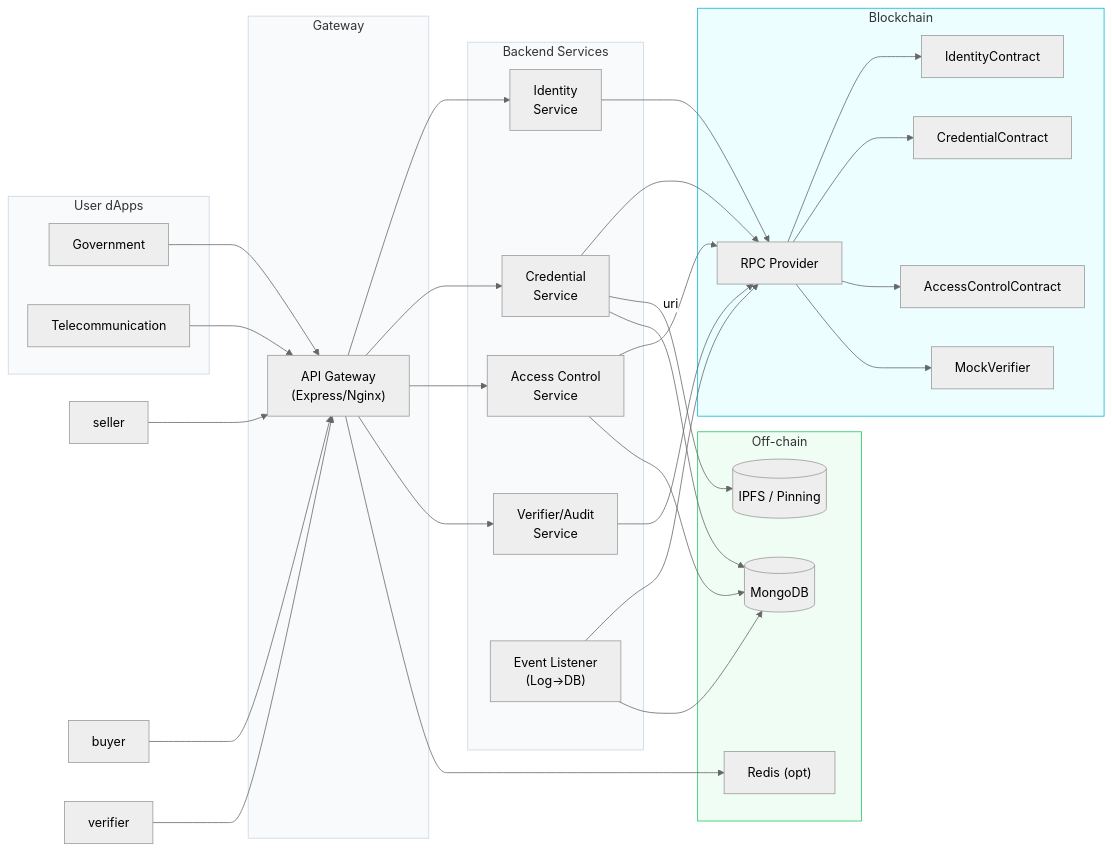
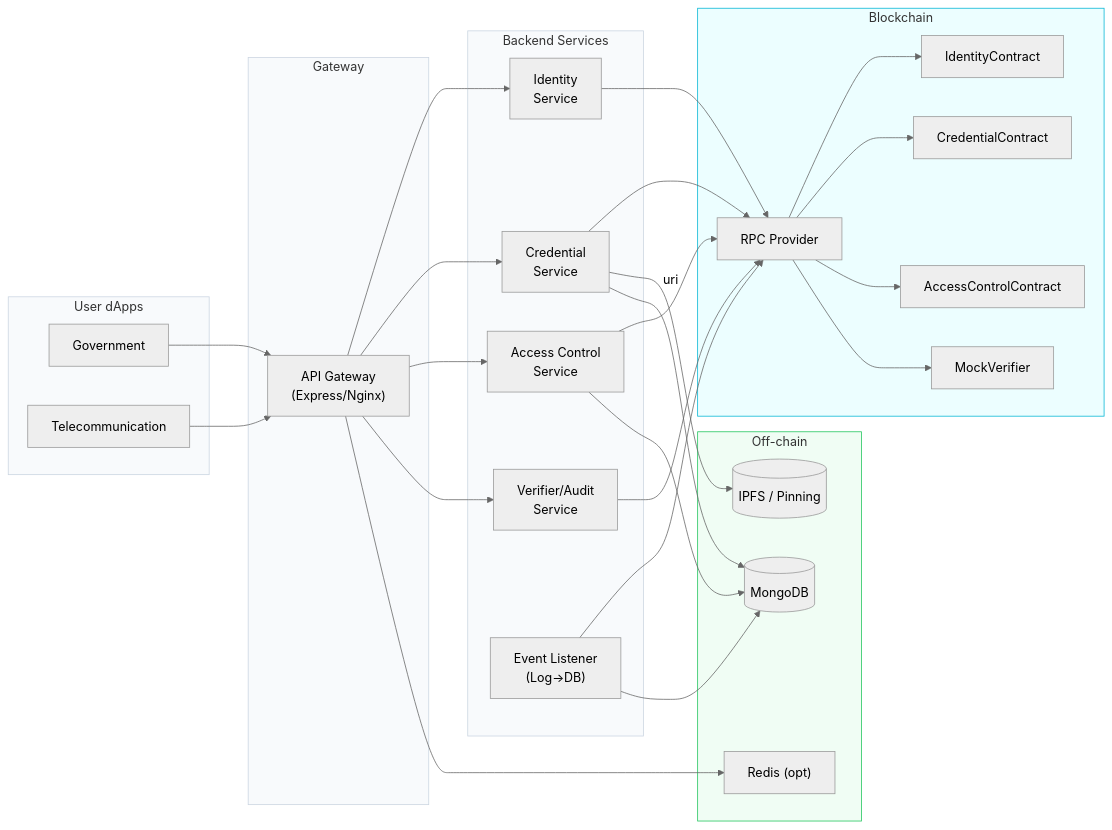
One commit to arburhan/ChainID changed the diagram in NETWORK_DESIGN.md. Above: the diagram before and after it, drawn with Mermaid (neutral theme).

Commit message:
change network design

````diff
--- a/NETWORK_DESIGN.md
+++ b/NETWORK_DESIGN.md
@@ -5,74 +5,72 @@
 ```mermaid
 flowchart LR
   %% Layout: left→right, one straight column per layer to avoid line crossings
 
   subgraph U[User dApps]
-    company["Government"]
-    retailer["Telecommunication"]
+    Government["Government"]
+    Telecommunication["Telecommunication"]
   end
 
   subgraph G[Gateway]
     gw["API Gateway\n(Express/Nginx)"]
   end
 
   subgraph S[Backend Services]
     svcIdentity["Identity\nService"]
     svcCredential["Credential\nService"]
     svcAccess["Access Control\nService"]
     svcAudit["Verifier/Audit\nService"]
     evt["Event Listener\n(Log→DB)"]
   end
 
   subgraph B[Blockchain]
     rpc["RPC Provider"]
     accSC["AccessControlContract"]
     credSC["CredentialContract"]
     idSC["IdentityContract"]
     vSC["MockVerifier"]
   end
 
   subgraph O[Off-chain]
     db[("MongoDB")]
     ipfs[("IPFS / Pinning")] 
     cache["Redis (opt)"]
   end
 
   %% Straight fan-in/out
-  company --> gw
-  retailer --> gw
-  seller --> gw
-  buyer --> gw
-  verifier --> gw
+  Government --> gw
+  Telecommunication --> gw
+ 
 
   gw --> svcIdentity
   gw --> svcCredential
   gw --> svcAccess
   gw --> svcAudit
 
   %% One hop from services to RPC, then fan to contracts to avoid crossings
   svcIdentity --> rpc
   svcCredential --> rpc
   svcAccess --> rpc
   svcAudit --> rpc
   evt --> rpc
 
   rpc --> idSC
   rpc --> credSC
   rpc --> accSC
   rpc --> vSC
 
   %% Off-chain IO
   svcCredential -- uri --> ipfs
   svcAccess --> db
   svcCredential --> db
   evt --> db
   gw --> cache
 
   %% Styling for readability
   classDef layer fill:#f8fafc,stroke:#cbd5e1,stroke-width:1px;
   classDef chain fill:#ecfeff,stroke:#06b6d4,stroke-width:1px;
   classDef off fill:#f0fdf4,stroke:#22c55e,stroke-width:1px;
   class U,G,S layer;
   class B chain;
   class O off;
 ```
````
